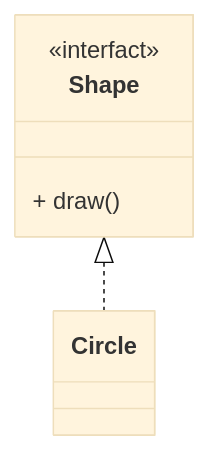
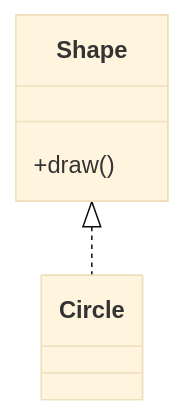
The third of 9 diagrams in source/_posts/绘制和使用UML类图.md (wqf31415/wqf31415.github.io), drawn with Mermaid (base theme) before and after one commit. The commit also changed other lines of this file, not shown here.

Commit message:
:full_moon: 修复类图中使用<<interface>>和<<enum>>导致的渲染错误，修复文章标题层级错误

````diff
--- a/source/_posts/绘制和使用UML类图.md
+++ b/source/_posts/绘制和使用UML类图.md
@@ -97,7 +97,6 @@
 ```mermaid
 classDiagram
 class Shape
-<<interfact>> Shape
-Shape : + draw()
+Shape : +draw()
 Shape <|.. Circle
 ```
````
